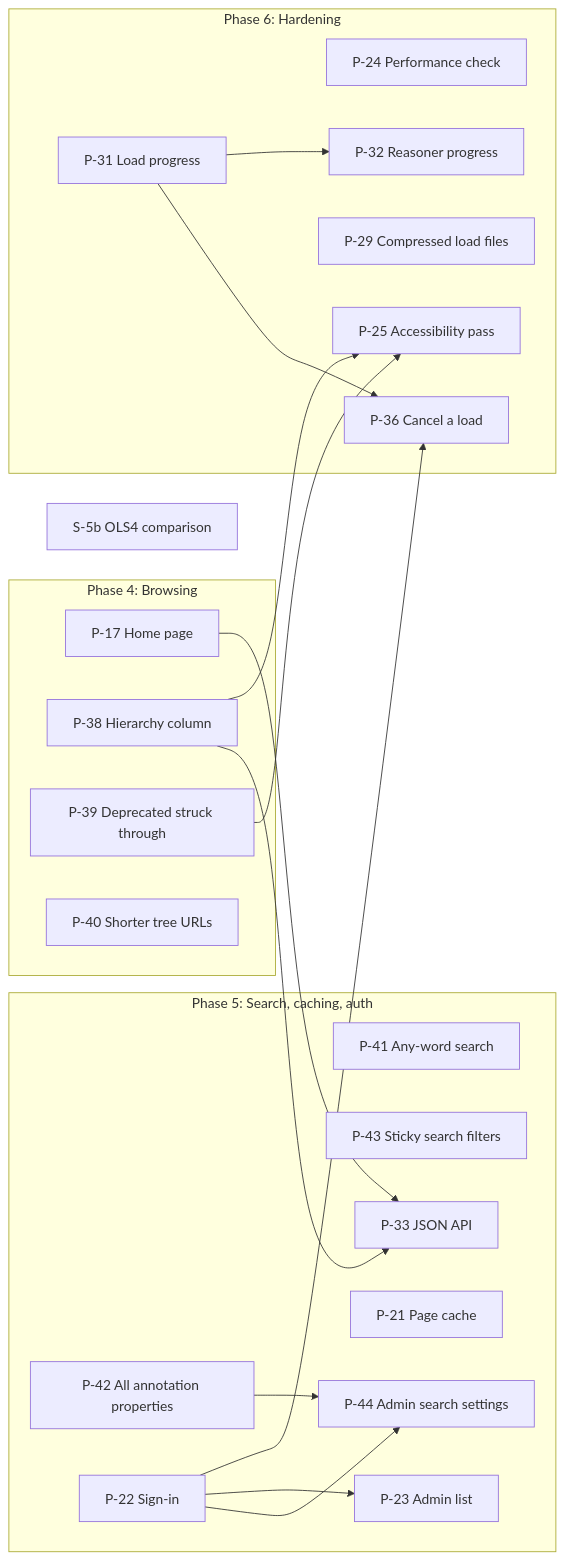
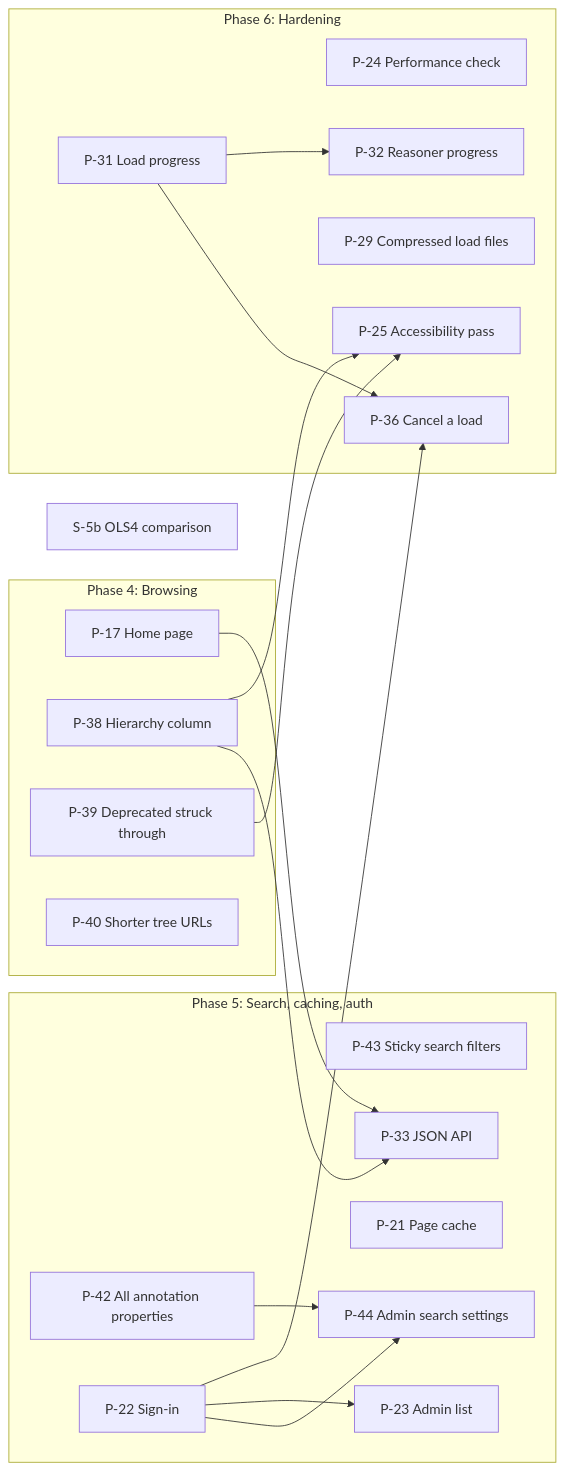
Before and after one commit to jclerman/browl: the diagram in docs/DESIGN.md, drawn with Mermaid. The commit also changed other lines of this file and 12 other files, not shown here.

````diff
--- a/docs/DESIGN.md
+++ b/docs/DESIGN.md
@@ -1797,35 +1812,34 @@
 ```mermaid
 flowchart LR
     subgraph P4["Phase 4: Browsing"]
         P17["P-17 Home page"]
         P38["P-38 Hierarchy column"]
         P39["P-39 Deprecated struck through"]
         P40["P-40 Shorter tree URLs"]
     end
     subgraph P5["Phase 5: Search, caching, auth"]
-        P41["P-41 Any-word search"]
         P42["P-42 All annotation properties"]
         P43["P-43 Sticky search filters"]
         P44["P-44 Admin search settings"]
         P21["P-21 Page cache"]
         P22["P-22 Sign-in"]
         P23["P-23 Admin list"]
         P33["P-33 JSON API"]
     end
     subgraph P6["Phase 6: Hardening"]
         P24["P-24 Performance check"]
         P25["P-25 Accessibility pass"]
         P29["P-29 Compressed load files"]
         P31["P-31 Load progress"]
         P32["P-32 Reasoner progress"]
         P36["P-36 Cancel a load"]
     end
     S5b["S-5b OLS4 comparison"]
 
     P17 & P38 --> P33
     P38 & P39 --> P25
     P22 & P42 --> P44
     P22 --> P23
     P22 & P31 --> P36
     P31 --> P32
 ```
````
